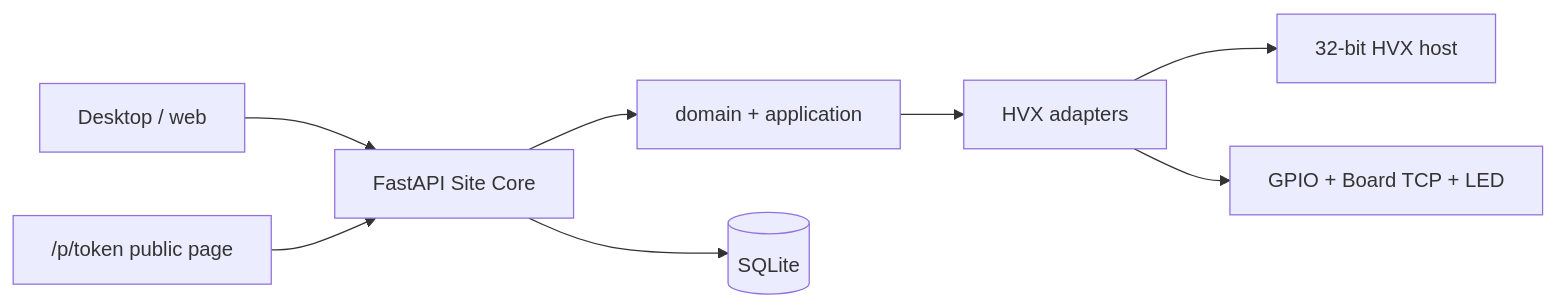
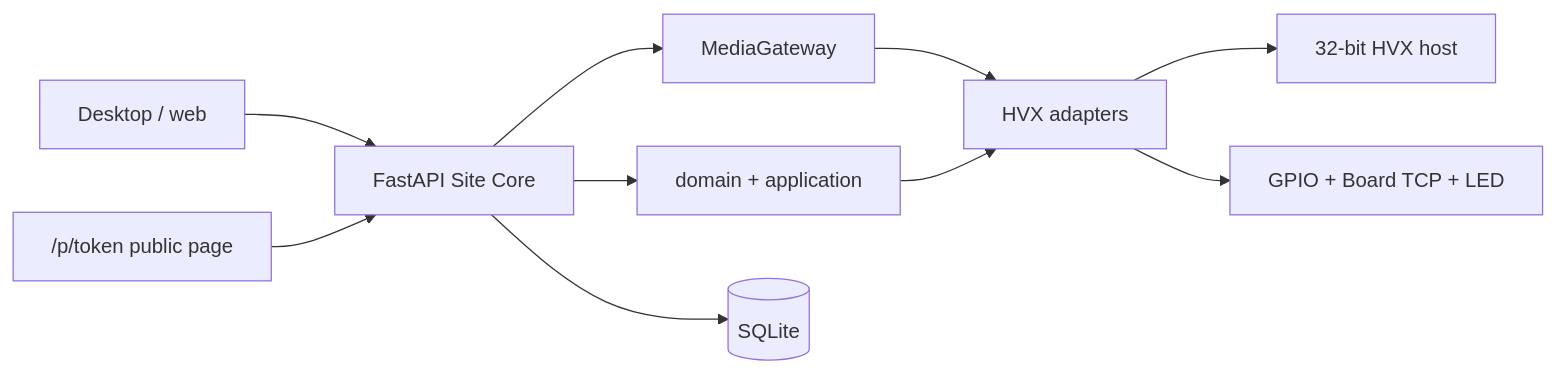
The diagram in docs/03-SYSTEM-ARCHITECTURE.md (josiaO/ParkSystem), drawn with Mermaid before and after one commit. The commit also changed other lines of this file and 101 other files, not shown here.

````diff
--- a/docs/03-SYSTEM-ARCHITECTURE.md
+++ b/docs/03-SYSTEM-ARCHITECTURE.md
@@ -20,18 +20,21 @@
 ```mermaid
 flowchart LR
   desktop[Desktop / web]
   api[FastAPI Site Core]
   domain[domain + application]
+  media[MediaGateway]
   hvxAdapt[HVX adapters]
   host[32-bit HVX host]
   sqlite[(SQLite)]
   public["/p/token public page"]
 
   desktop --> api
   public --> api
   api --> domain
   api --> sqlite
+  api --> media
+  media --> hvxAdapt
   domain --> hvxAdapt
   hvxAdapt --> host
   hvxAdapt --> gpio[GPIO + Board TCP + LED]
 ```
````
